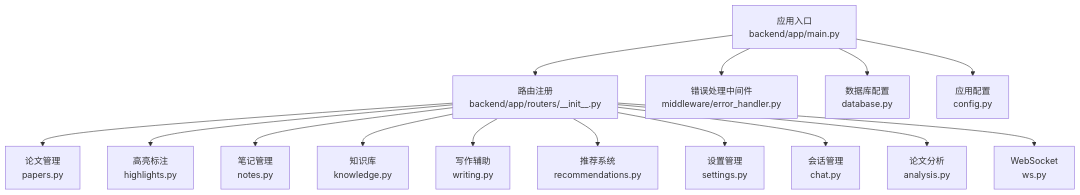
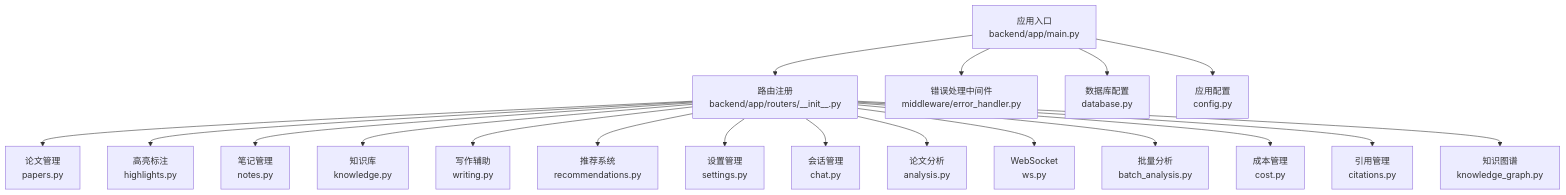
One commit to laohanhahaha/PaperChat changed the first of 3 diagrams in .qoder/repowiki/zh/content/API 参考文档/API 参考文档.md. Above: the diagram before and after it, drawn with Mermaid. The commit also changed other lines of this file and 59 other files, not shown here.

````diff
--- a/.qoder/repowiki/zh/content/API 参考文档/API 参考文档.md
+++ b/.qoder/repowiki/zh/content/API 参考文档/API 参考文档.md
@@ -50,17 +65,21 @@
 ```mermaid
 graph TB
 A["应用入口<br/>backend/app/main.py"] --> B["路由注册<br/>backend/app/routers/__init__.py"]
 B --> C["论文管理<br/>papers.py"]
 B --> D["高亮标注<br/>highlights.py"]
 B --> E["笔记管理<br/>notes.py"]
 B --> F["知识库<br/>knowledge.py"]
 B --> G["写作辅助<br/>writing.py"]
 B --> H["推荐系统<br/>recommendations.py"]
 B --> I["设置管理<br/>settings.py"]
 B --> J["会话管理<br/>chat.py"]
 B --> K["论文分析<br/>analysis.py"]
 B --> L["WebSocket<br/>ws.py"]
-A --> M["错误处理中间件<br/>middleware/error_handler.py"]
-A --> N["数据库配置<br/>database.py"]
-A --> O["应用配置<br/>config.py"]
+B --> M["批量分析<br/>batch_analysis.py"]
+B --> N["成本管理<br/>cost.py"]
+B --> O["引用管理<br/>citations.py"]
+B --> P["知识图谱<br/>knowledge_graph.py"]
+A --> Q["错误处理中间件<br/>middleware/error_handler.py"]
+A --> R["数据库配置<br/>database.py"]
+A --> S["应用配置<br/>config.py"]
 ```
````
